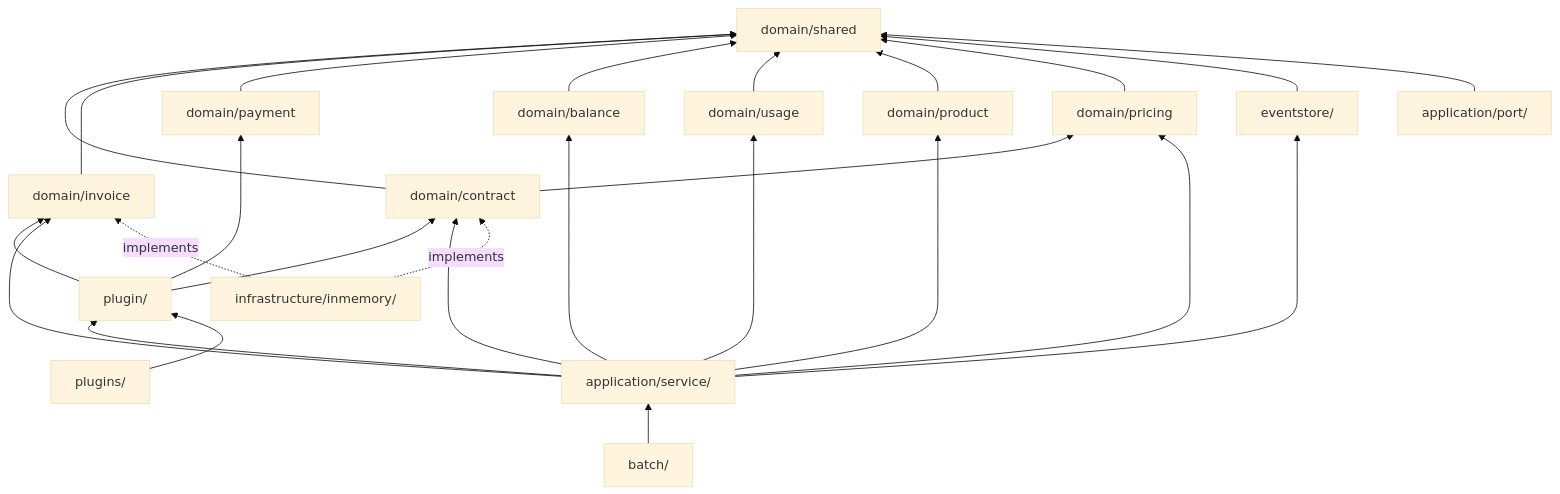
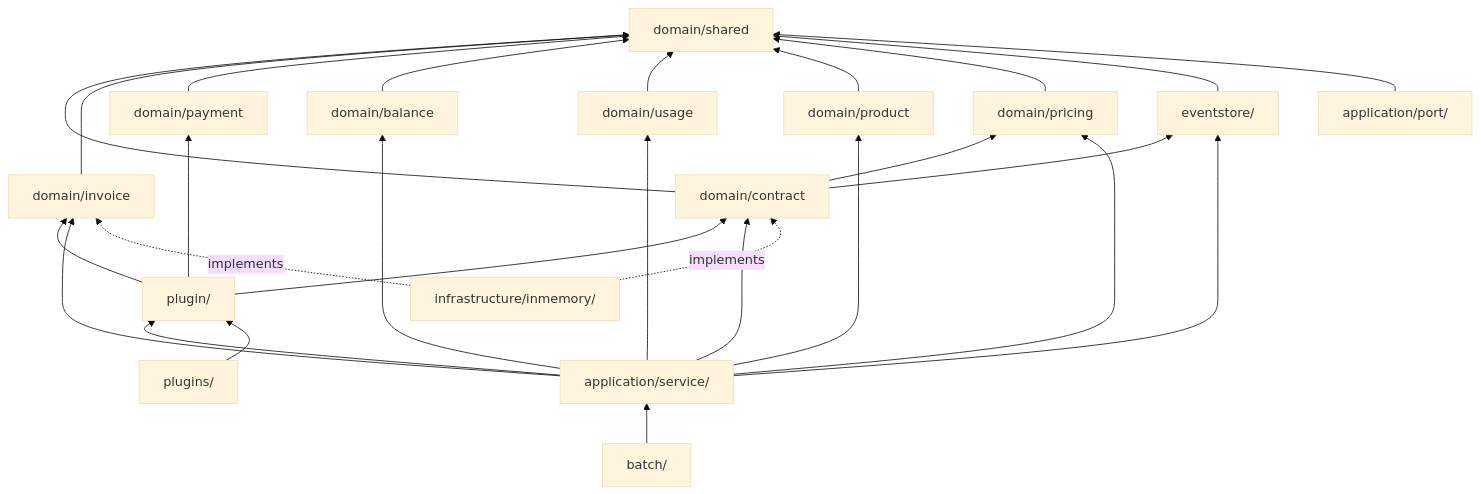
Before and after one commit to contract-to-cash/core: the third of 5 diagrams in docs/architecture.md, drawn with Mermaid (base theme). The commit also changed other lines of this file and 3 other files, not shown here.

First line of the commit message:
docs: reconcile plugin-system.md and architecture.md with code

````diff
--- a/docs/architecture.md
+++ b/docs/architecture.md
@@ -85,29 +85,30 @@
 ```mermaid
 graph BT
     shared["domain/shared"]
     contract["domain/contract"] --> shared
     invoice["domain/invoice"] --> shared
     payment["domain/payment"] --> shared
     balance["domain/balance"] --> shared
     usage["domain/usage"] --> shared
     product["domain/product"] --> shared
     pricing["domain/pricing"] --> shared
     contract --> pricing
     eventstore["eventstore/"] --> shared
+    contract --> eventstore
     plugin["plugin/"] --> contract
     plugin --> invoice
     plugin --> payment
     appService["application/service/"] --> contract
     appService --> invoice
     appService --> usage
     appService --> balance
     appService --> pricing
     appService --> product
     appService --> plugin
     appService --> eventstore
     port["application/port/"] --> shared
     infra["infrastructure/inmemory/"] -.->|implements| contract
     infra -.->|implements| invoice
     plugins["plugins/"] --> plugin
     batch["batch/"] --> appService
 ```
````
